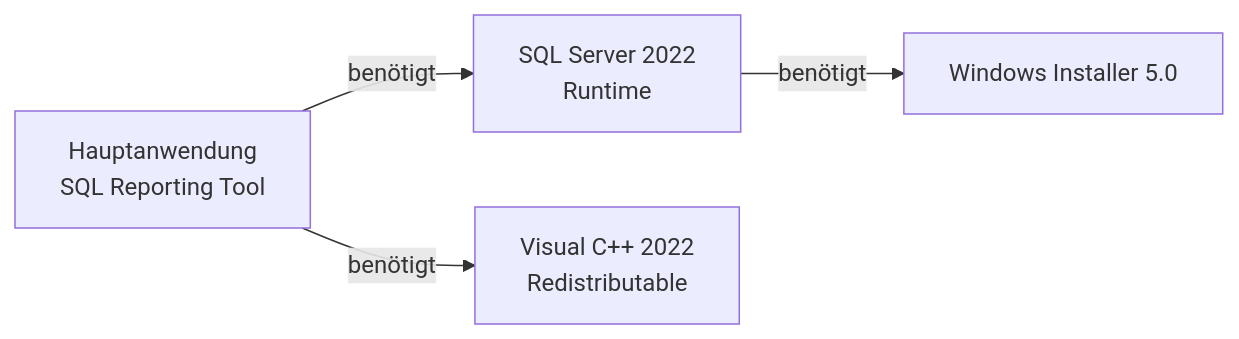
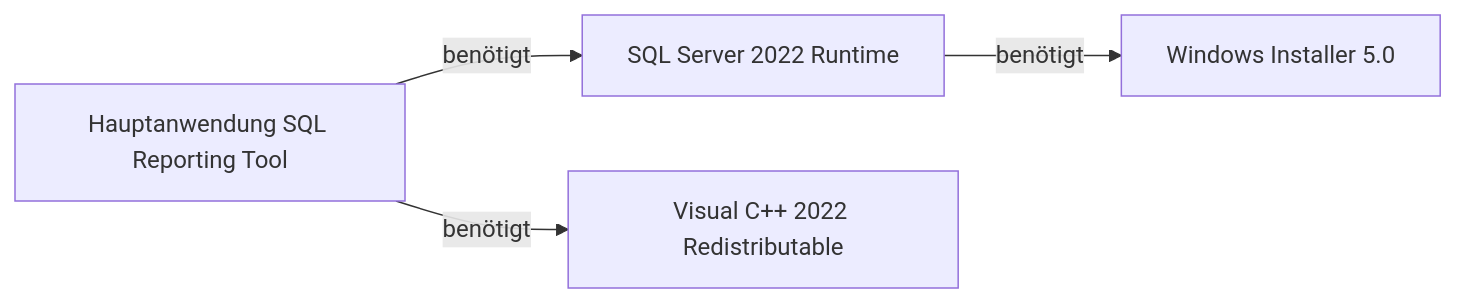
The second of 5 diagrams in Microsoft 365/System Center/MECM Software Deployment.md (SoniiiT/notes-n-docs), drawn with Mermaid before and after one commit. The commit also changed other lines of this file and 124 other files, not shown here.

First line of the commit message:
fix: Entferne \n aus allen Mermaid-Diagrammen (125 Dateien)

````diff
--- a/Microsoft 365/System Center/MECM Software Deployment.md
+++ b/Microsoft 365/System Center/MECM Software Deployment.md
@@ -118,6 +118,6 @@
 ```mermaid
 graph LR
-    APP[Hauptanwendung\nSQL Reporting Tool] -->|benötigt| DEP1[SQL Server 2022\nRuntime]
-    APP -->|benötigt| DEP2[Visual C++ 2022\nRedistributable]
+    APP[Hauptanwendung SQL Reporting Tool] -->|benötigt| DEP1[SQL Server 2022 Runtime]
+    APP -->|benötigt| DEP2[Visual C++ 2022 Redistributable]
     DEP1 -->|benötigt| DEP3[Windows Installer 5.0]
 ```
````
